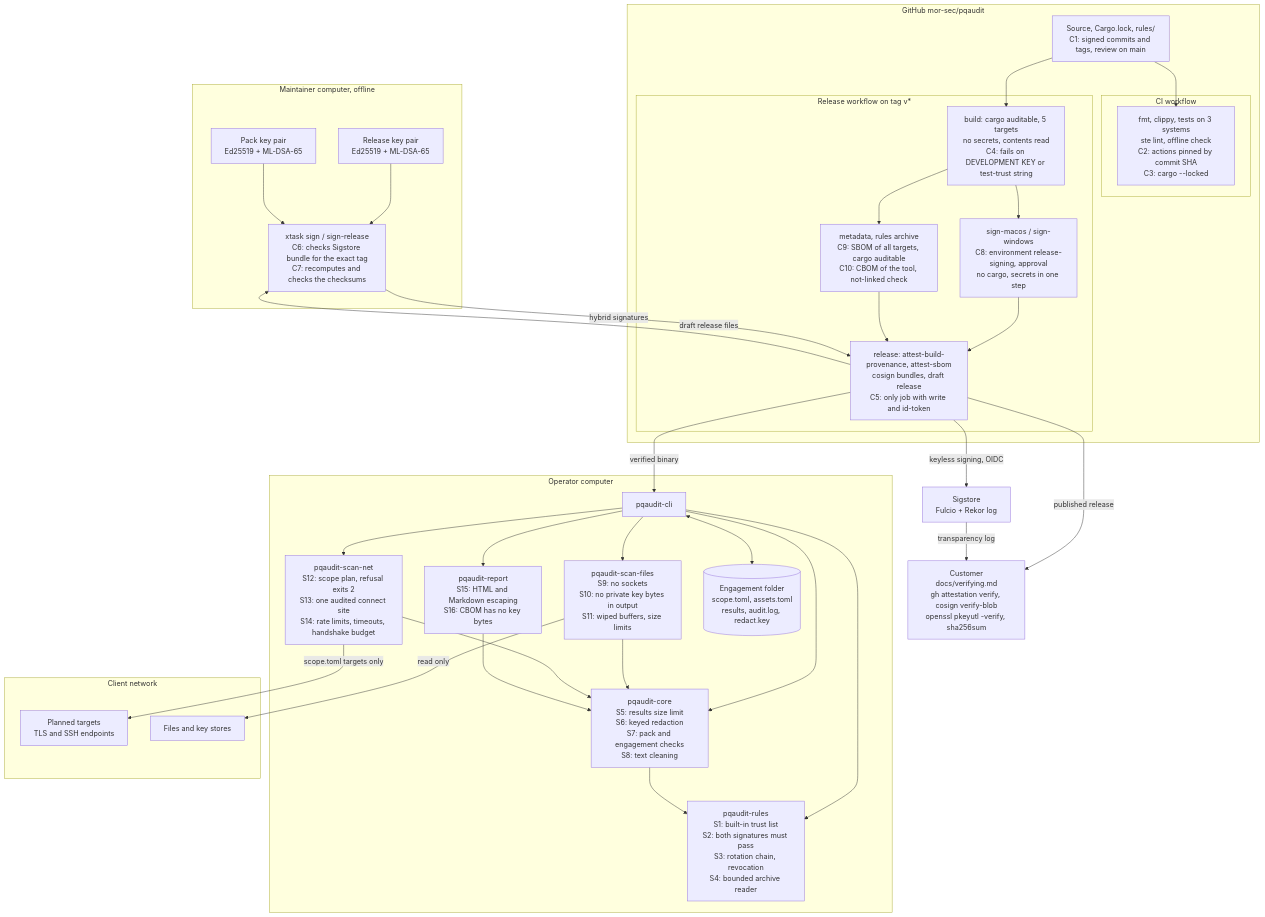
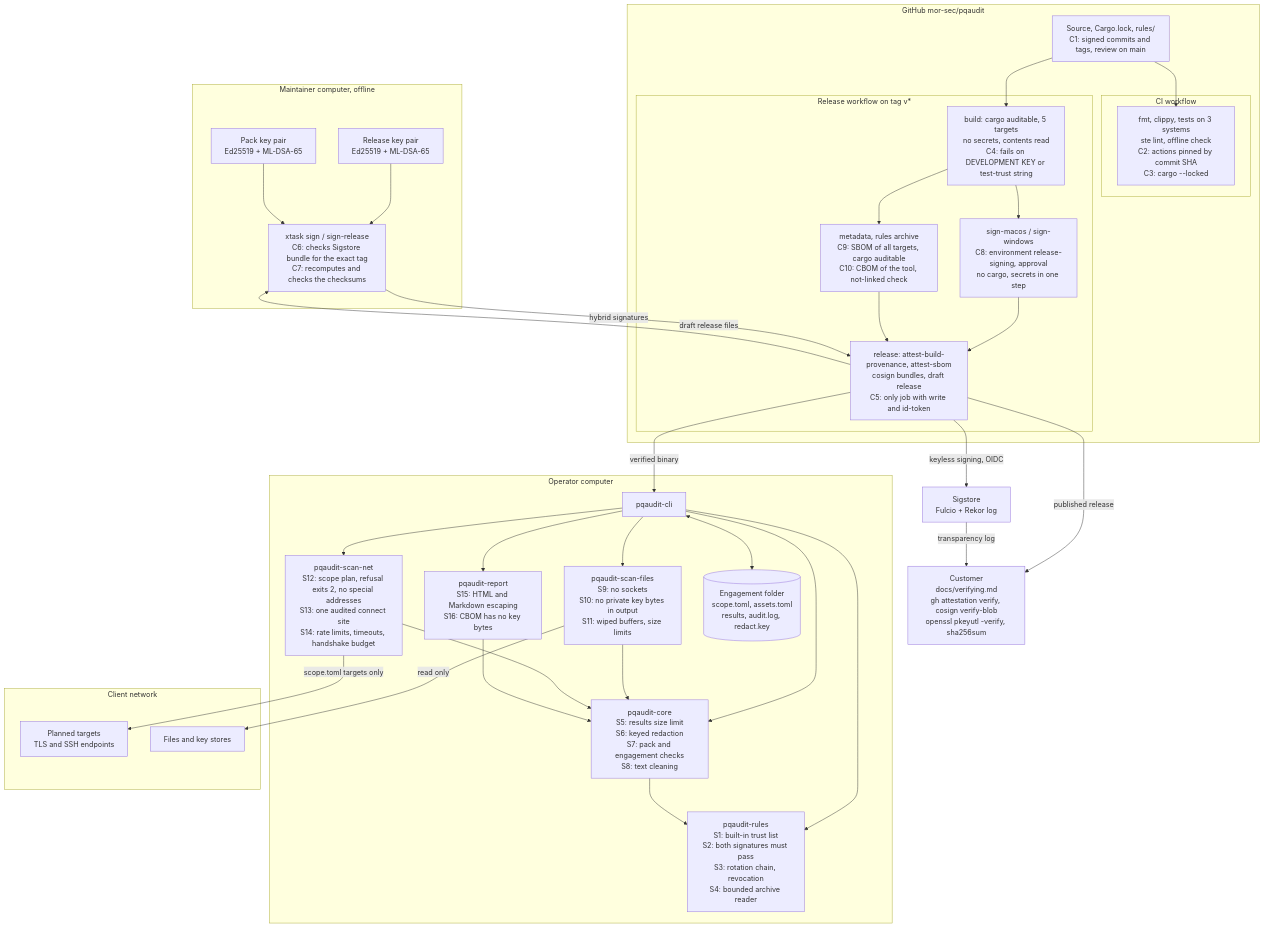
Before and after one commit to mor-sec/pqaudit: the diagram in docs/architecture.md, drawn with Mermaid. The commit also changed other lines of this file and 8 other files, not shown here.

First line of the commit message:
Refuse host-only scopes and special addresses of host names

````diff
--- a/docs/architecture.md
+++ b/docs/architecture.md
@@ -43,67 +43,67 @@
 ```mermaid
 flowchart TB
     subgraph MAINT["Maintainer computer, offline"]
         PK["Pack key pair<br/>Ed25519 + ML-DSA-65"]
         RK["Release key pair<br/>Ed25519 + ML-DSA-65"]
         SIGN["xtask sign / sign-release<br/>C6: checks Sigstore bundle for the exact tag<br/>C7: recomputes and checks the checksums"]
     end
 
     subgraph GH["GitHub mor-sec/pqaudit"]
         SRC["Source, Cargo.lock, rules/<br/>C1: signed commits and tags, review on main"]
         subgraph CI["CI workflow"]
             CHK["fmt, clippy, tests on 3 systems<br/>ste lint, offline check<br/>C2: actions pinned by commit SHA<br/>C3: cargo --locked"]
         end
         subgraph REL["Release workflow on tag v*"]
             BUILD["build: cargo auditable, 5 targets<br/>no secrets, contents read<br/>C4: fails on DEVELOPMENT KEY or test-trust string"]
             SGN["sign-macos / sign-windows<br/>C8: environment release-signing, approval<br/>no cargo, secrets in one step"]
             META["metadata, rules archive<br/>C9: SBOM of all targets, cargo auditable<br/>C10: CBOM of the tool, not-linked check"]
             PUB["release: attest-build-provenance, attest-sbom<br/>cosign bundles, draft release<br/>C5: only job with write and id-token"]
         end
     end
 
     SIG["Sigstore<br/>Fulcio + Rekor log"]
     USER["Customer<br/>docs/verifying.md<br/>gh attestation verify, cosign verify-blob<br/>openssl pkeyutl -verify, sha256sum"]
 
     subgraph OP["Operator computer"]
         CLI["pqaudit-cli"]
         RULES["pqaudit-rules<br/>S1: built-in trust list<br/>S2: both signatures must pass<br/>S3: rotation chain, revocation<br/>S4: bounded archive reader"]
         CORE["pqaudit-core<br/>S5: results size limit<br/>S6: keyed redaction<br/>S7: pack and engagement checks<br/>S8: text cleaning"]
         FILES["pqaudit-scan-files<br/>S9: no sockets<br/>S10: no private key bytes in output<br/>S11: wiped buffers, size limits"]
-        NET["pqaudit-scan-net<br/>S12: scope plan, refusal exits 2<br/>S13: one audited connect site<br/>S14: rate limits, timeouts, handshake budget"]
+        NET["pqaudit-scan-net<br/>S12: scope plan, refusal exits 2, no special addresses<br/>S13: one audited connect site<br/>S14: rate limits, timeouts, handshake budget"]
         REP["pqaudit-report<br/>S15: HTML and Markdown escaping<br/>S16: CBOM has no key bytes"]
         ENG[("Engagement folder<br/>scope.toml, assets.toml<br/>results, audit.log, redact.key")]
     end
 
     subgraph CLIENT["Client network"]
         TGT["Planned targets<br/>TLS and SSH endpoints"]
         DISK["Files and key stores"]
     end
 
     SRC --> CHK
     SRC --> BUILD
     BUILD --> SGN
     BUILD --> META
     SGN --> PUB
     META --> PUB
     PUB -- "keyless signing, OIDC" --> SIG
     PUB -- "draft release files" --> SIGN
     RK --> SIGN
     PK --> SIGN
     SIGN -- "hybrid signatures" --> PUB
     PUB -- "published release" --> USER
     SIG -- "transparency log" --> USER
     PUB -- "verified binary" --> CLI
 
     CLI --> RULES
     CLI --> FILES
     CLI --> NET
     CLI --> CORE
     CLI --> REP
     FILES --> CORE
     NET --> CORE
     REP --> CORE
     CORE --> RULES
     CLI <--> ENG
     FILES -- "read only" --> DISK
     NET -- "scope.toml targets only" --> TGT
 ```
````
